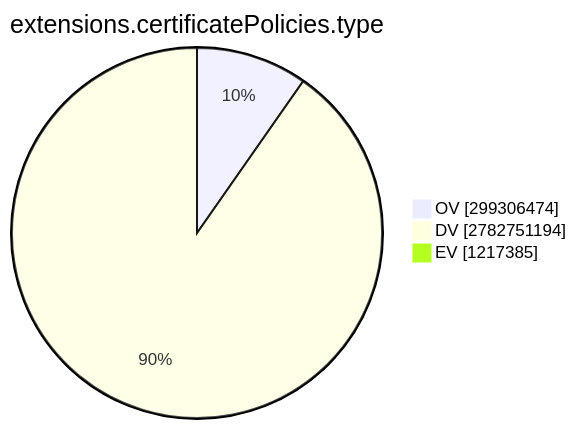
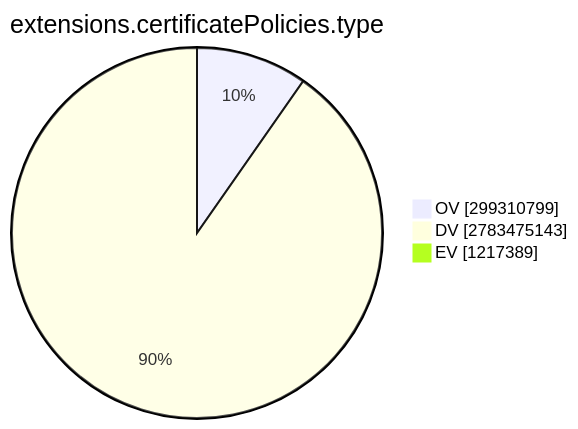
One commit to christiankrug/ctmonitor_visualization changed the ninth of 15 diagrams in TOTAL/README.md. Above: the diagram before and after it, drawn with Mermaid. The commit also changed other lines of this file, not shown here.

````diff
--- a/TOTAL/README.md
+++ b/TOTAL/README.md
@@ -3101,7 +3101,7 @@
 ```mermaid
 pie showData
 title extensions.certificatePolicies.type
-"OV" :299306474
-"DV" :2782751194
-"EV" :1217385
+"OV" :299310799
+"DV" :2783475143
+"EV" :1217389
 ```
````
